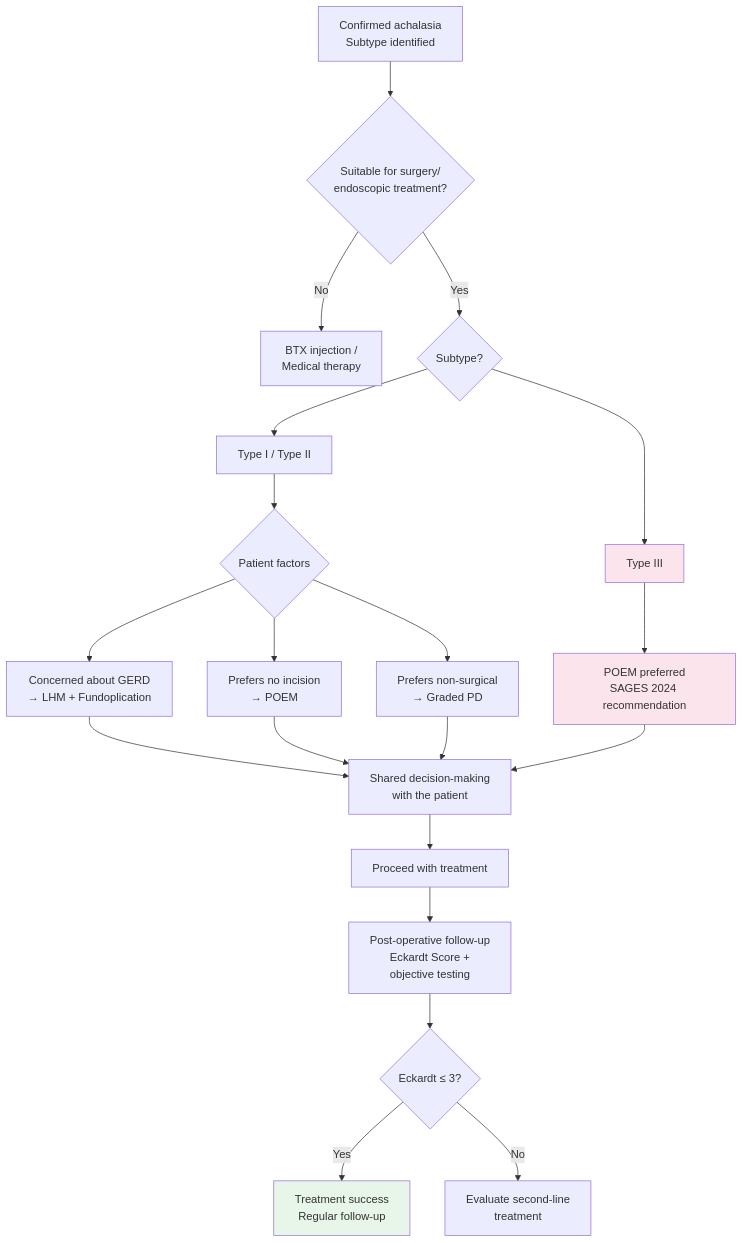
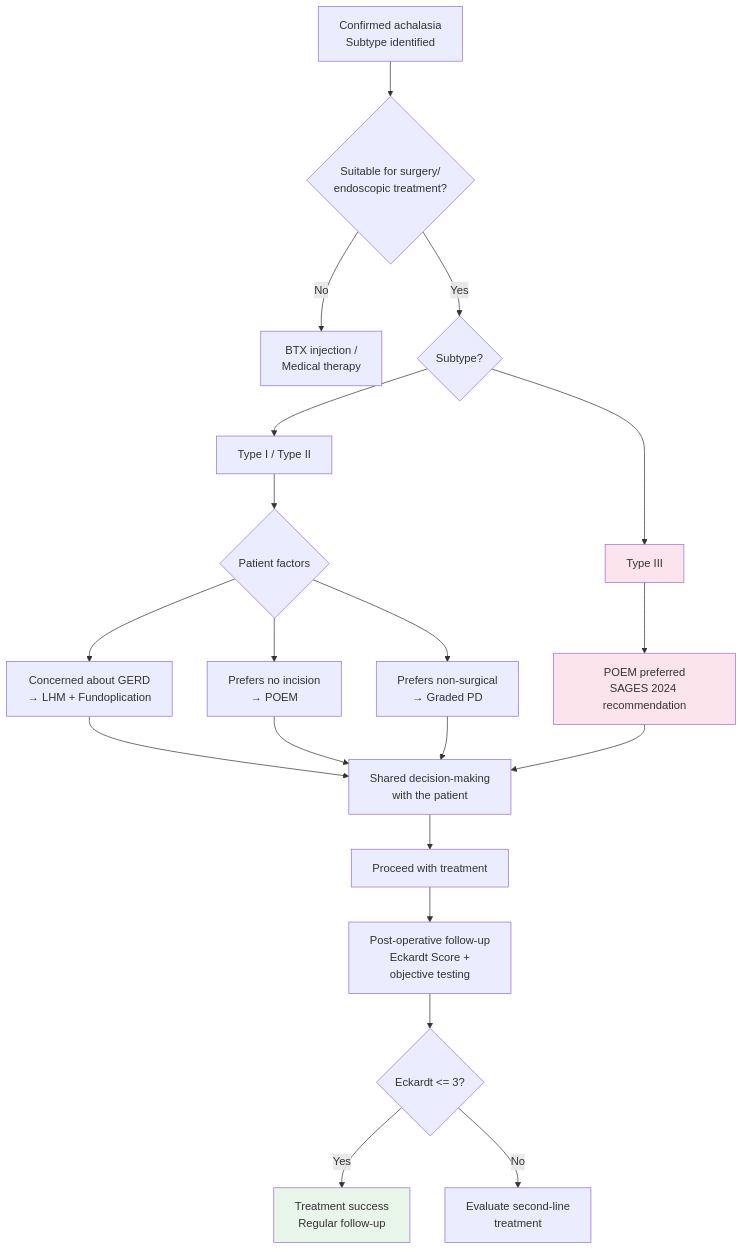
The diagram in 食道弛緩不能症/進階版/EN/02_POEM_vs_Heller_Comparison.md (dontchangela-bit/esophageal-education), drawn with Mermaid before and after one commit. The commit also changed 59 other files, not shown here.

First line of the commit message:
Fix Mermaid v11.13 syntax errors across all esophageal files

````diff
--- a/食道弛緩不能症/進階版/EN/02_POEM_vs_Heller_Comparison.md
+++ b/食道弛緩不能症/進階版/EN/02_POEM_vs_Heller_Comparison.md
@@ -233,33 +233,33 @@
 ```mermaid
 flowchart TD
     A[Confirmed achalasia<br/>Subtype identified] --> B{Suitable for surgery/<br/>endoscopic treatment?}
 
     B -- No --> C[BTX injection /<br/>Medical therapy]
     B -- Yes --> D{Subtype?}
 
     D --> E[Type I / Type II]
     D --> F[Type III]
 
     E --> G{Patient factors}
     G --> G1[Concerned about GERD<br/>→ LHM + Fundoplication]
     G --> G2[Prefers no incision<br/>→ POEM]
     G --> G3[Prefers non-surgical<br/>→ Graded PD]
 
     F --> H[POEM preferred<br/>SAGES 2024 recommendation]
 
     G1 --> I[Shared decision-making<br/>with the patient]
     G2 --> I
     G3 --> I
     H --> I
 
     I --> J[Proceed with treatment]
     J --> K[Post-operative follow-up<br/>Eckardt Score +<br/>objective testing]
 
-    K --> L{Eckardt ≤ 3?}
+    K --> L{Eckardt <= 3?}
     L -- Yes --> M[Treatment success<br/>Regular follow-up]
     L -- No --> N[Evaluate second-line<br/>treatment]
 
     style F fill:#FCE4EC
     style H fill:#FCE4EC
     style M fill:#E8F5E9
 ```
````
